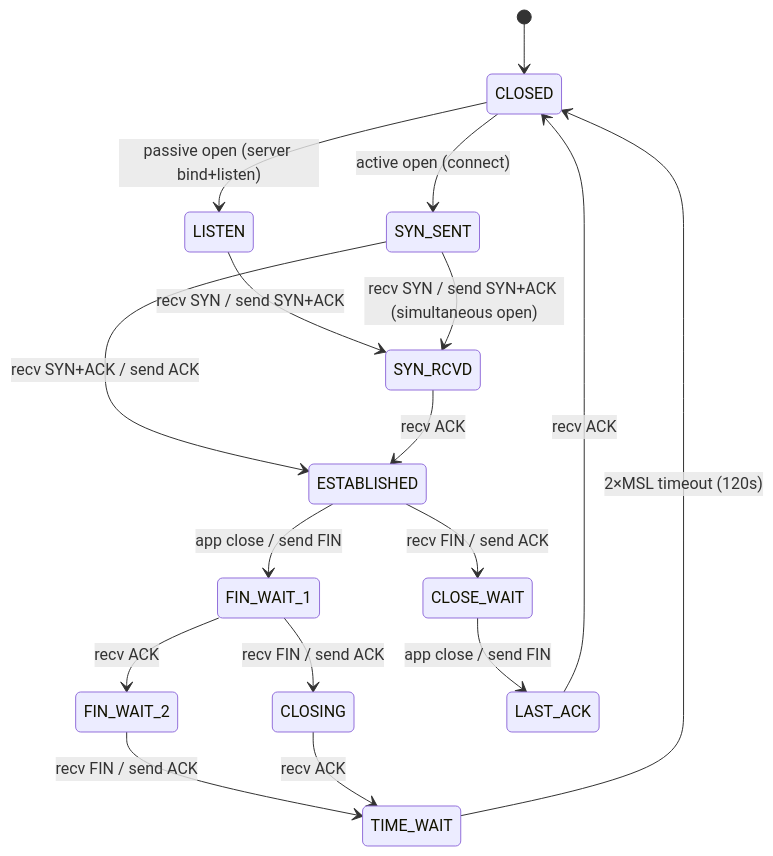
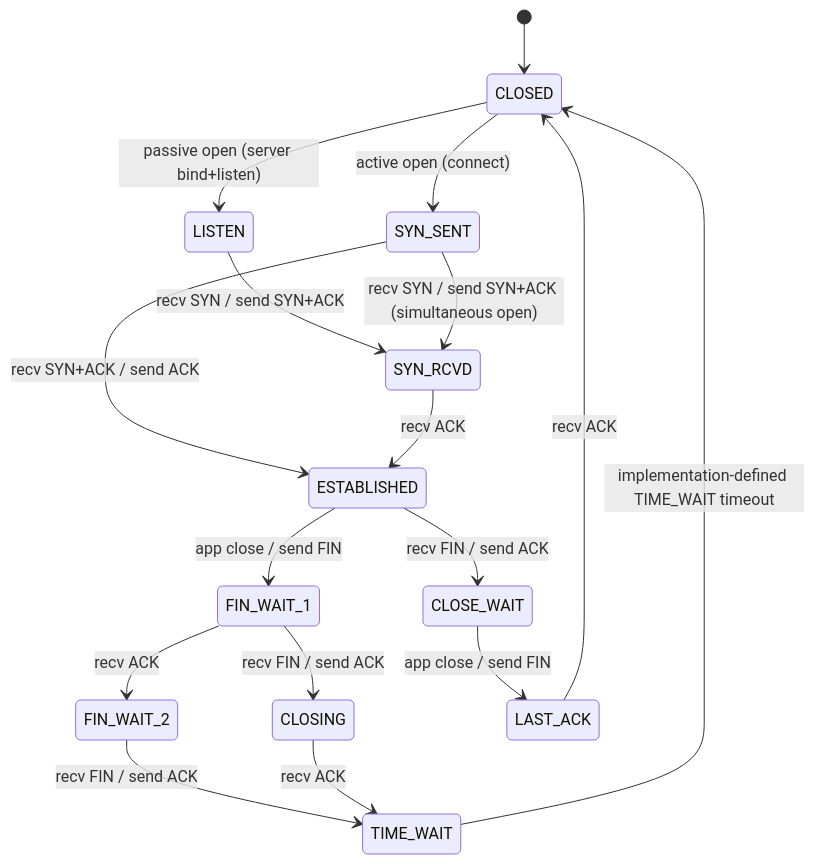
The third of 25 diagrams in content/docs/books/cs-reference/ko/networking-internals.md (choisimo/document), drawn with Mermaid before and after one commit. The commit also changed other lines of this file and 504 other files, not shown here.

````diff
--- a/content/docs/books/cs-reference/ko/networking-internals.md
+++ b/content/docs/books/cs-reference/ko/networking-internals.md
@@ -60,19 +62,19 @@
 ```mermaid
 stateDiagram-v2
     [*] --> CLOSED
     CLOSED --> LISTEN: passive open (server bind+listen)
     CLOSED --> SYN_SENT: active open (connect)
     LISTEN --> SYN_RCVD: recv SYN / send SYN+ACK
     SYN_SENT --> SYN_RCVD: recv SYN / send SYN+ACK (simultaneous open)
     SYN_SENT --> ESTABLISHED: recv SYN+ACK / send ACK
     SYN_RCVD --> ESTABLISHED: recv ACK
     ESTABLISHED --> FIN_WAIT_1: app close / send FIN
     ESTABLISHED --> CLOSE_WAIT: recv FIN / send ACK
     FIN_WAIT_1 --> FIN_WAIT_2: recv ACK
     FIN_WAIT_1 --> CLOSING: recv FIN / send ACK
     FIN_WAIT_2 --> TIME_WAIT: recv FIN / send ACK
     CLOSING --> TIME_WAIT: recv ACK
     CLOSE_WAIT --> LAST_ACK: app close / send FIN
     LAST_ACK --> CLOSED: recv ACK
-    TIME_WAIT --> CLOSED: 2×MSL timeout (120s)
+    TIME_WAIT --> CLOSED: implementation-defined TIME_WAIT timeout
 ```
````
